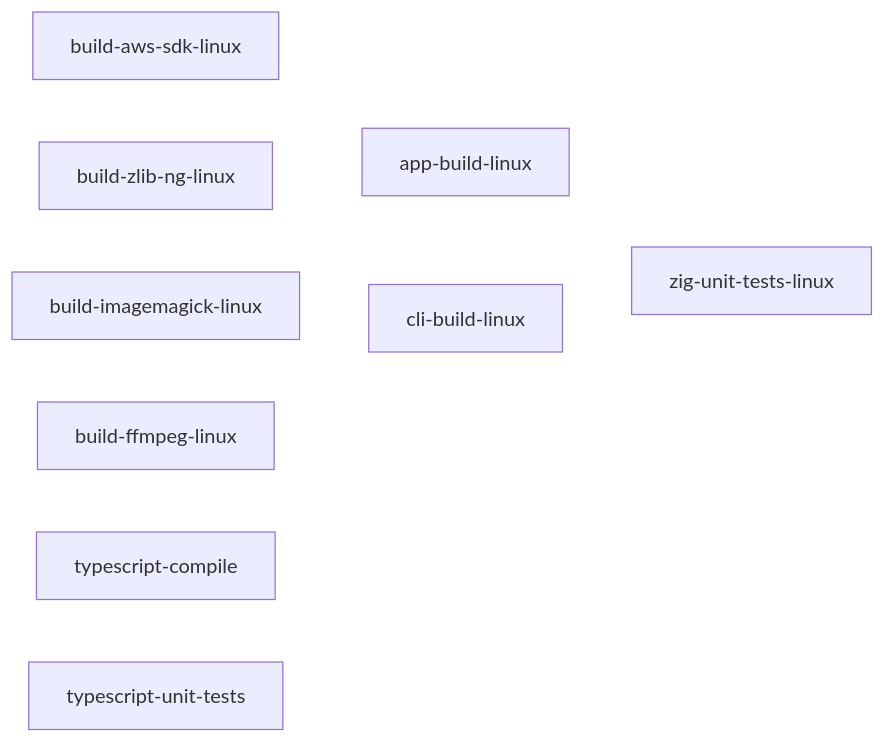
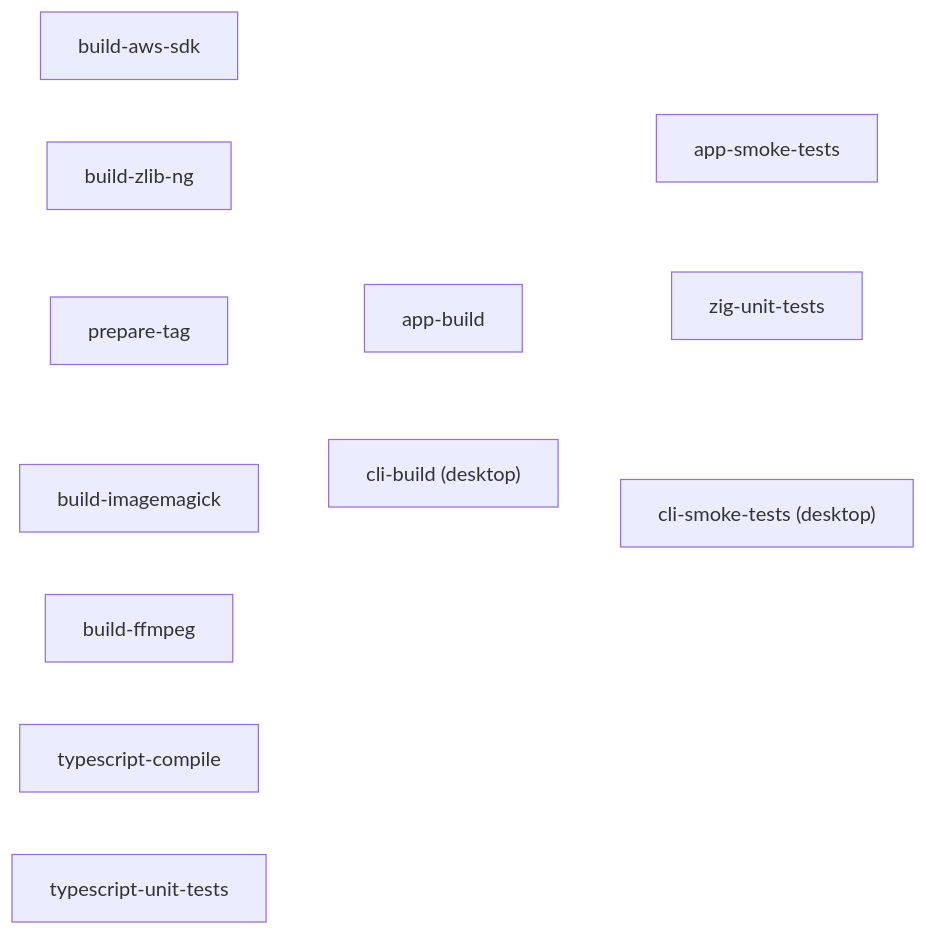
One commit to ashleydavis/photosphere changed the first of 2 diagrams in docs/workflows.md. Above: the diagram before and after it, drawn with Mermaid. The commit also changed other lines of this file and 14 other files, not shown here.

````diff
--- a/docs/workflows.md
+++ b/docs/workflows.md
@@ -141,19 +167,24 @@
 ```mermaid
 flowchart LR
-    build-aws-sdk-linux --> app-build-linux
-    build-zlib-ng-linux --> app-build-linux
-    build-imagemagick-linux --> app-build-linux
-    build-ffmpeg-linux --> app-build-linux
-    build-aws-sdk-linux --> cli-build-linux
-    build-zlib-ng-linux --> cli-build-linux
-    build-imagemagick-linux --> cli-build-linux
-    build-ffmpeg-linux --> cli-build-linux
-    build-aws-sdk-linux --> zig-unit-tests-linux
-    build-zlib-ng-linux --> zig-unit-tests-linux
-    build-imagemagick-linux --> zig-unit-tests-linux
-    build-ffmpeg-linux --> zig-unit-tests-linux
-    cli-build-linux --> zig-unit-tests-linux
+    prepare-tag --> app-build
+    lib-aws["build-aws-sdk"] --> app-build
+    lib-zlib["build-zlib-ng"] --> app-build
+    lib-im["build-imagemagick"] --> app-build
+    lib-ff["build-ffmpeg"] --> app-build
+    prepare-tag --> cli-build["cli-build (desktop)"]
+    lib-aws --> cli-build
+    lib-zlib --> cli-build
+    lib-im --> cli-build
+    lib-ff --> cli-build
+    cli-build --> cli-smoke-tests["cli-smoke-tests (desktop)"]
+    app-build --> app-smoke-tests
+    lib-aws --> zig-unit-tests
+    lib-zlib --> zig-unit-tests
+    lib-im --> zig-unit-tests
+    lib-ff --> zig-unit-tests
+    cli-build --> zig-unit-tests
+    app-build --> zig-unit-tests
     typescript-compile
     typescript-unit-tests
     linkStyle default stroke:#ffffff,stroke-width:2px
 ```
````
